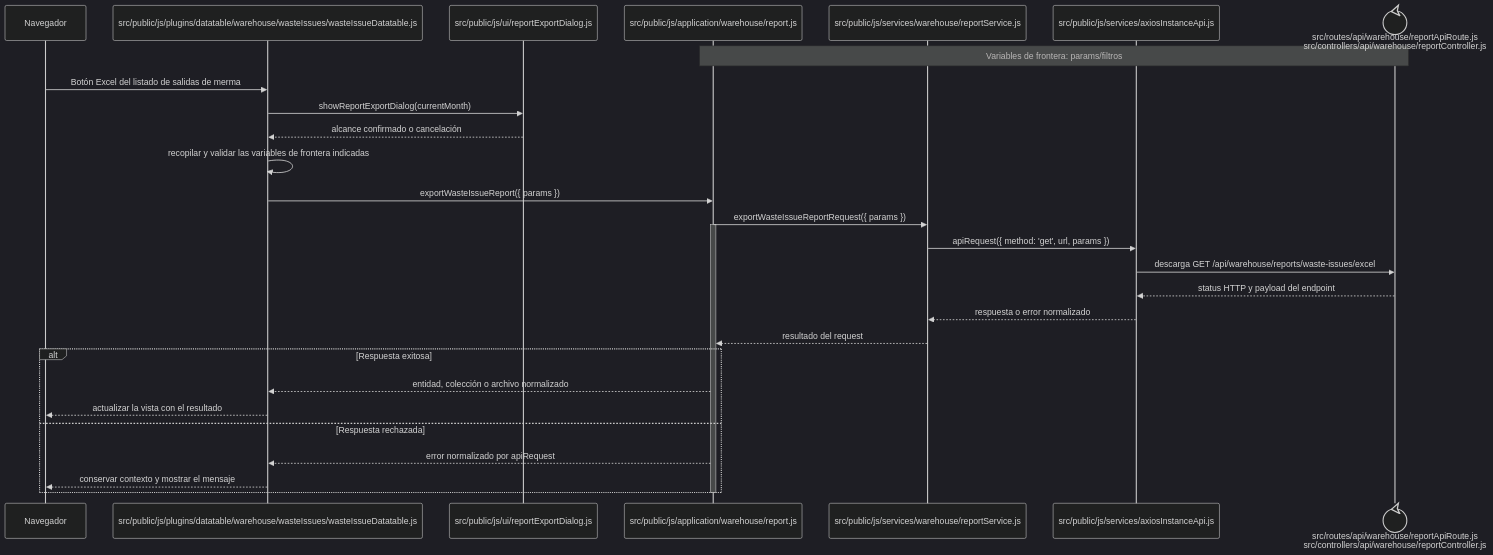
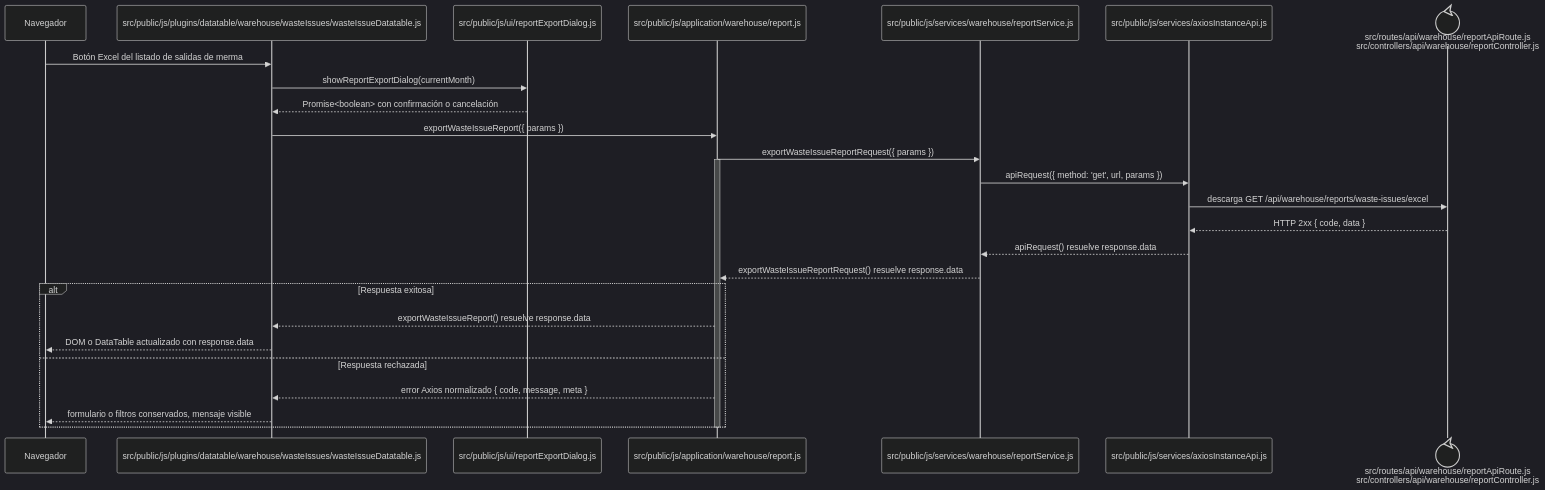
Before and after one commit to gpgsistemas01/nexus: the diagram in docs/architecture/frontend-code-sequences/issues/cu-sal-14.md, drawn with Mermaid (dark theme). The commit also changed 148 other files, not shown here.

````diff
--- a/docs/architecture/frontend-code-sequences/issues/cu-sal-14.md
+++ b/docs/architecture/frontend-code-sequences/issues/cu-sal-14.md
@@ -6,32 +6,30 @@
 ```mermaid
 sequenceDiagram
     participant Browser as Navegador
     participant View as src/public/js/plugins/datatable/warehouse/wasteIssues/wasteIssueDatatable.js
     participant Dialog as src/public/js/ui/reportExportDialog.js
     participant Application as src/public/js/application/warehouse/report.js
     participant Request as src/public/js/services/warehouse/reportService.js
     participant HTTP as src/public/js/services/axiosInstanceApi.js
     participant Transport@{ "type": "control" } as src/routes/api/warehouse/reportApiRoute.js<br/>src/controllers/api/warehouse/reportController.js
-    Note over Application,Transport: Variables de frontera: params/filtros
 
     Browser->>View: Botón Excel del listado de salidas de merma
     View->>Dialog: showReportExportDialog(currentMonth)
-    Dialog-->>View: alcance confirmado o cancelación
-    View->>View: recopilar y validar las variables de frontera indicadas
+    Dialog-->>View: Promise<boolean> con confirmación o cancelación
     View->>Application: exportWasteIssueReport({ params })
     Application->>Request: exportWasteIssueReportRequest({ params })
     activate Application
     Request->>HTTP: apiRequest({ method: 'get', url, params })
     HTTP->>Transport: descarga GET /api/warehouse/reports/waste-issues/excel
-    Transport-->>HTTP: status HTTP y payload del endpoint
-    HTTP-->>Request: respuesta o error normalizado
-    Request-->>Application: resultado del request
+    Transport-->>HTTP: HTTP 2xx { code, data }
+    HTTP-->>Request: apiRequest() resuelve response.data
+    Request-->>Application: exportWasteIssueReportRequest() resuelve response.data
     alt Respuesta exitosa
-        Application-->>View: entidad, colección o archivo normalizado
-        View-->>Browser: actualizar la vista con el resultado
+        Application-->>View: exportWasteIssueReport() resuelve response.data
+        View-->>Browser: DOM o DataTable actualizado con response.data
     else Respuesta rechazada
-        Application-->>View: error normalizado por apiRequest
-        View-->>Browser: conservar contexto y mostrar el mensaje
+        Application-->>View: error Axios normalizado { code, message, meta }
+        View-->>Browser: formulario o filtros conservados, mensaje visible
     end
     deactivate Application
 ```
````
